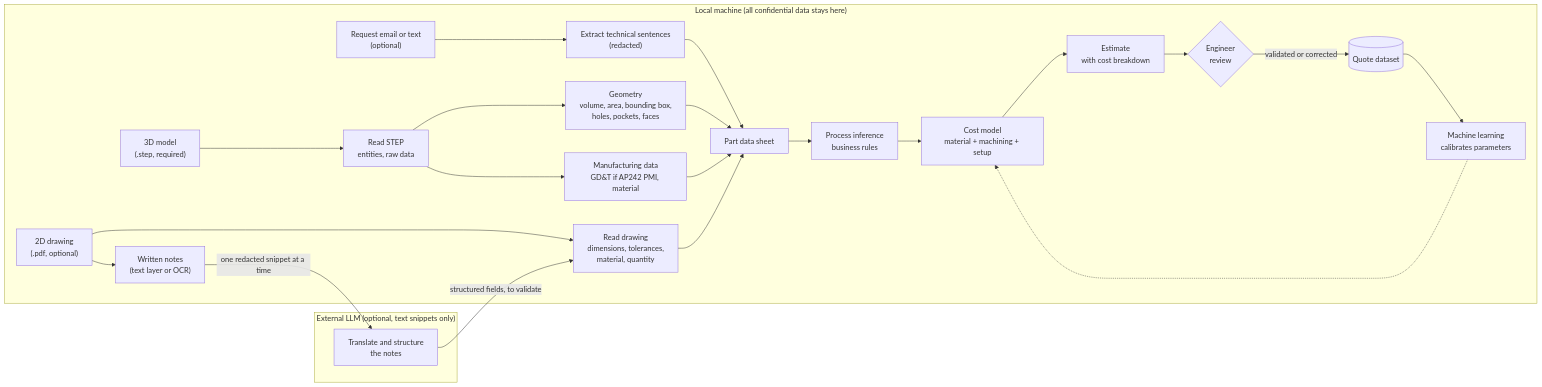
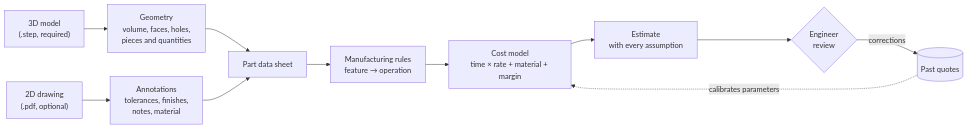
One commit to mathiseuzen/StepQuote changed the diagram in README.md. Above: the diagram before and after it, drawn with Mermaid. The commit also changed other lines of this file and 6 other files, not shown here.

````diff
--- a/README.md
+++ b/README.md
@@ -9,37 +11,13 @@
 ```mermaid
 flowchart LR
-    subgraph LOCAL["Local machine (all confidential data stays here)"]
-        STEP["3D model<br/>(.step, required)"]
-        PDF["2D drawing<br/>(.pdf, optional)"]
-
-        STEP --> READ["Read STEP<br/>entities, raw data"]
-        PDF --> DRAW["Read drawing<br/>dimensions, tolerances,<br/>material, quantity"]
-        PDF --> NOTES["Written notes<br/>(text layer or OCR)"]
-
-        MAIL["Request email or text<br/>(optional)"] --> RM["Extract technical sentences<br/>(redacted)"]
-        RM --> SHEET
-
-        READ --> GEOM["Geometry<br/>volume, area, bounding box,<br/>holes, pockets, faces"]
-        READ --> MANU["Manufacturing data<br/>GD&T if AP242 PMI, material"]
-
-        GEOM --> SHEET["Part data sheet"]
-        MANU --> SHEET
-        DRAW --> SHEET
-
-        SHEET --> PROC["Process inference<br/>business rules"]
-        PROC --> COST["Cost model<br/>material + machining + setup"]
-
-        COST --> EST["Estimate<br/>with cost breakdown"]
-        EST --> REVIEW{"Engineer<br/>review"}
-        REVIEW -->|validated or corrected| DATA[("Quote dataset")]
-        DATA --> ML["Machine learning<br/>calibrates parameters"]
-        ML -.-> COST
-    end
-
-    subgraph EXTERNAL["External LLM (optional, text snippets only)"]
-        LLM["Translate and structure<br/>the notes"]
-    end
-
-    NOTES -->|"one redacted snippet at a time"| LLM
-    LLM -->|"structured fields, to validate"| DRAW
+    STEP["3D model<br/>(.step, required)"] --> GEO["Geometry<br/>volume, faces, holes,<br/>pieces and quantities"]
+    PDF["2D drawing<br/>(.pdf, optional)"] --> ANN["Annotations<br/>tolerances, finishes,<br/>notes, material"]
+    GEO --> SHEET["Part data sheet"]
+    ANN --> SHEET
+    SHEET --> RULES["Manufacturing rules<br/>feature → operation"]
+    RULES --> COST["Cost model<br/>time × rate + material + margin"]
+    COST --> EST["Estimate<br/>with every assumption"]
+    EST --> REVIEW{"Engineer<br/>review"}
+    REVIEW -->|corrections| DATA[("Past quotes")]
+    DATA -.->|calibrates parameters| COST
 ```
````
